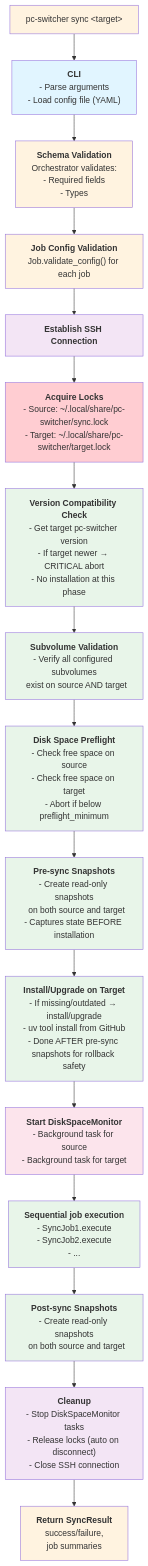
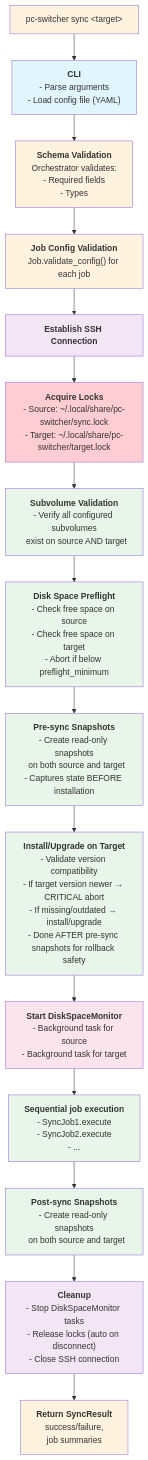
Before and after one commit to flaksit/pc-switcher: diagram 15 of 21 in specs/001-foundation/architecture.md, drawn with Mermaid. The commit also changed other lines of this file and 3 other files, not shown here.

Commit message:
feat: Integrate version compatibility check into InstallOnTargetJob validation phase for streamlined sync execution

````diff
--- a/specs/001-foundation/architecture.md
+++ b/specs/001-foundation/architecture.md
@@ -1076,67 +1076,63 @@
 ```mermaid
 graph TD
     Start["pc-switcher sync &lt;target&gt;"]
 
     CLI["<b>CLI</b><br/>- Parse arguments<br/>- Load config file (YAML)"]
 
     SchemaVal["<b>Schema Validation</b><br/>Orchestrator validates:<br/>- Required fields<br/>- Types"]
 
     JobConfigVal["<b>Job Config Validation</b><br/>Job.validate_config() for each job"]
 
     Connect["<b>Establish SSH Connection</b>"]
 
     AcquireLocks["<b>Acquire Locks</b><br/>- Source: ~/.local/share/pc-switcher/sync.lock<br/>- Target: ~/.local/share/pc-switcher/target.lock"]
 
-    VersionCheck["<b>Version Compatibility Check</b><br/>- Get target pc-switcher version<br/>- If target newer → CRITICAL abort<br/>- No installation at this phase"]
-
     SubvolCheck["<b>Subvolume Validation</b><br/>- Verify all configured subvolumes<br/>  exist on source AND target"]
 
     DiskPreflight["<b>Disk Space Preflight</b><br/>- Check free space on source<br/>- Check free space on target<br/>- Abort if below preflight_minimum"]
 
     SnapPre["<b>Pre-sync Snapshots</b><br/>- Create read-only snapshots<br/>  on both source and target<br/>- Captures state BEFORE installation"]
 
-    InstallTarget["<b>Install/Upgrade on Target</b><br/>- If missing/outdated → install/upgrade<br/>- uv tool install from GitHub<br/>- Done AFTER pre-sync snapshots for rollback safety"]
+    InstallTarget["<b>Install/Upgrade on Target</b><br/>- Validate version compatibility<br/>- If target version newer → CRITICAL abort<br/>- If missing/outdated → install/upgrade<br/>- Done AFTER pre-sync snapshots for rollback safety"]
 
     StartDiskMon["<b>Start DiskSpaceMonitor</b><br/>- Background task for source<br/>- Background task for target"]
 
     SyncJobs["<b>Sequential job execution</b><br/>- SyncJob1.execute<br/>- SyncJob2.execute<br/>- ..."]
 
     SnapPost["<b>Post-sync Snapshots</b><br/>- Create read-only snapshots<br/>  on both source and target"]
 
     Cleanup["<b>Cleanup</b><br/>- Stop DiskSpaceMonitor tasks<br/>- Release locks (auto on disconnect)<br/>- Close SSH connection"]
 
     Result["<b>Return SyncResult</b><br/>success/failure,<br/>job summaries"]
 
     Start --> CLI
     CLI --> SchemaVal
     SchemaVal --> JobConfigVal
     JobConfigVal --> Connect
     Connect --> AcquireLocks
-    AcquireLocks --> VersionCheck
-    VersionCheck --> SubvolCheck
+    AcquireLocks --> SubvolCheck
     SubvolCheck --> DiskPreflight
     DiskPreflight --> SnapPre
     SnapPre --> InstallTarget
     InstallTarget --> StartDiskMon
     StartDiskMon --> SyncJobs
     SyncJobs --> SnapPost
     SnapPost --> Cleanup
     Cleanup --> Result
 
     style Start fill:#fff3e0
     style CLI fill:#e1f5ff
     style SchemaVal fill:#fff3e0
     style JobConfigVal fill:#fff3e0
     style Connect fill:#f3e5f5
     style AcquireLocks fill:#ffcdd2
-    style VersionCheck fill:#e8f5e9
     style SubvolCheck fill:#e8f5e9
     style DiskPreflight fill:#e8f5e9
     style SnapPre fill:#e8f5e9
     style InstallTarget fill:#e8f5e9
     style StartDiskMon fill:#fce4ec
     style SyncJobs fill:#e8f5e9
     style SnapPost fill:#e8f5e9
     style Cleanup fill:#f3e5f5
     style Result fill:#fff3e0
 ```
````
